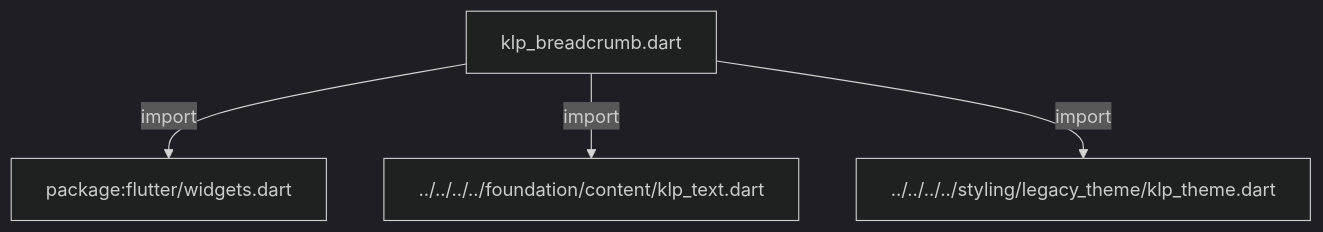
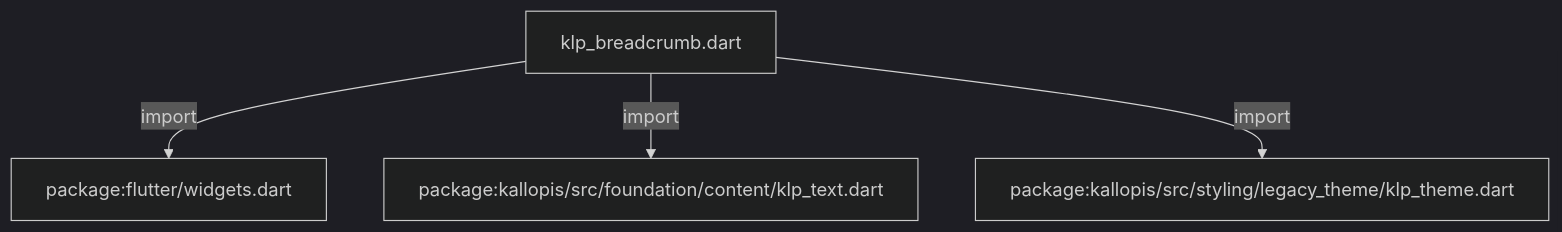
Before and after one commit to MiuDog/Kallopis: the first of 3 diagrams in docs/architecture/src/features/navigation/widgets/breadcrumb/klp_breadcrumb.md, drawn with Mermaid (dark theme). The commit also changed other lines of this file and 9688 other files, not shown here.

Commit message:
Prepare isolated Flow F2 peer baseline

````diff
--- a/docs/architecture/src/features/navigation/widgets/breadcrumb/klp_breadcrumb.md
+++ b/docs/architecture/src/features/navigation/widgets/breadcrumb/klp_breadcrumb.md
@@ -11,10 +11,10 @@
 ```mermaid
 flowchart TD
 	n0["klp_breadcrumb.dart"]
 	n1["package:flutter/widgets.dart"]
-	n2["../../../../foundation/content/klp_text.dart"]
-	n3["../../../../styling/legacy_theme/klp_theme.dart"]
+	n2["package:kallopis/src/foundation/content/klp_text.dart"]
+	n3["package:kallopis/src/styling/legacy_theme/klp_theme.dart"]
 	n0 -->|"import"| n1
 	n0 -->|"import"| n2
 	n0 -->|"import"| n3
 ```
````
